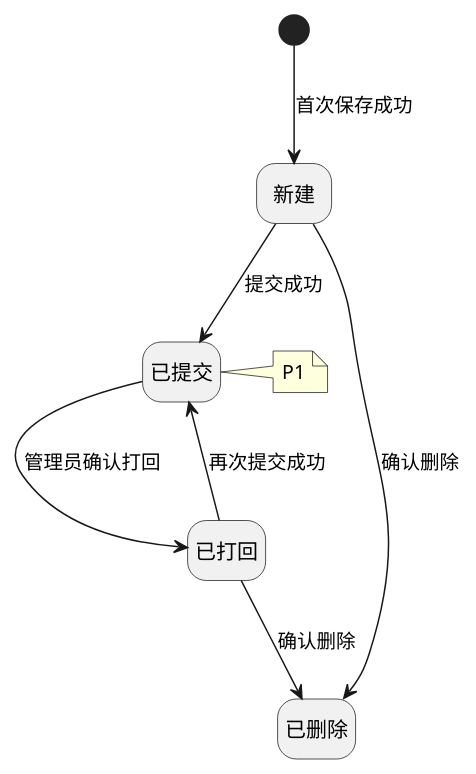
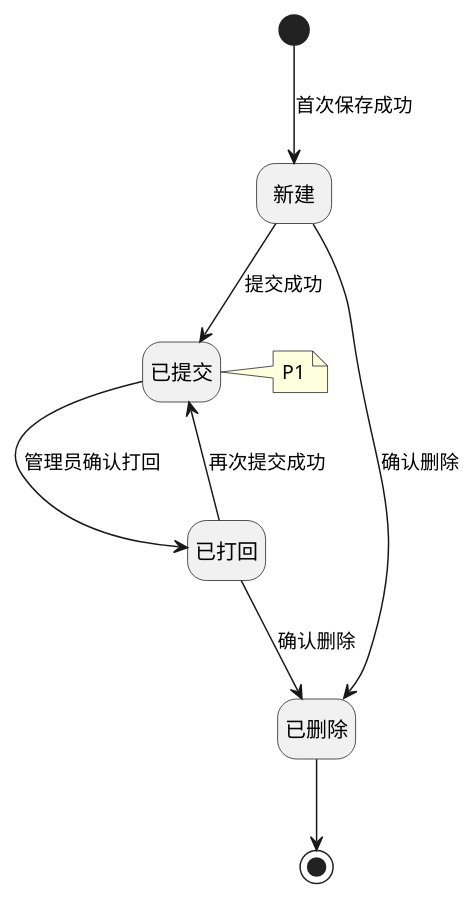
One commit to jack888332/projects-doc changed the diagram in product-caliber/goldjet/segmented-prd/PRD.高捷物流系统一期.第026篇.财务结算-收付款核销.45DB5A5118.md. Above: the diagram before and after it, drawn with PlantUML. The commit also changed 5 other files, not shown here.

Commit message:
优化示意图

````diff
--- a/product-caliber/goldjet/segmented-prd/PRD.高捷物流系统一期.第026篇.财务结算-收付款核销.45DB5A5118.md
+++ b/product-caliber/goldjet/segmented-prd/PRD.高捷物流系统一期.第026篇.财务结算-收付款核销.45DB5A5118.md
@@ -241,17 +241,18 @@
 ```plantuml
 @startuml goldjet-state-026-writeoff
 hide empty description
 state "新建" as New
 state "已提交" as Submitted
 state "已打回" as Returned
 state "已删除" as Deleted
 
 [*] --> New : 首次保存成功
 New --> Submitted : 提交成功
 Submitted --> Returned : 管理员确认打回
 Returned --> Submitted : 再次提交成功
 New --> Deleted : 确认删除
 Returned --> Deleted : 确认删除
+Deleted --> [*]
 note right of Submitted : P1
 @enduml
 ```
````
